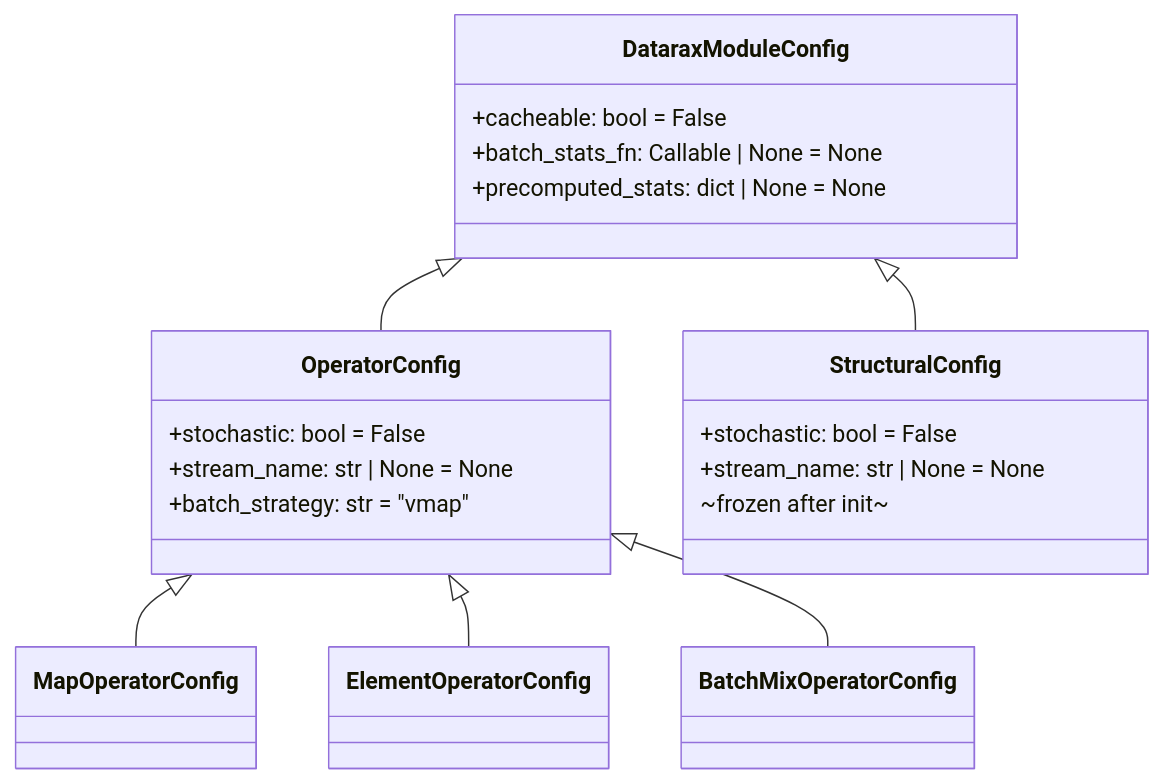
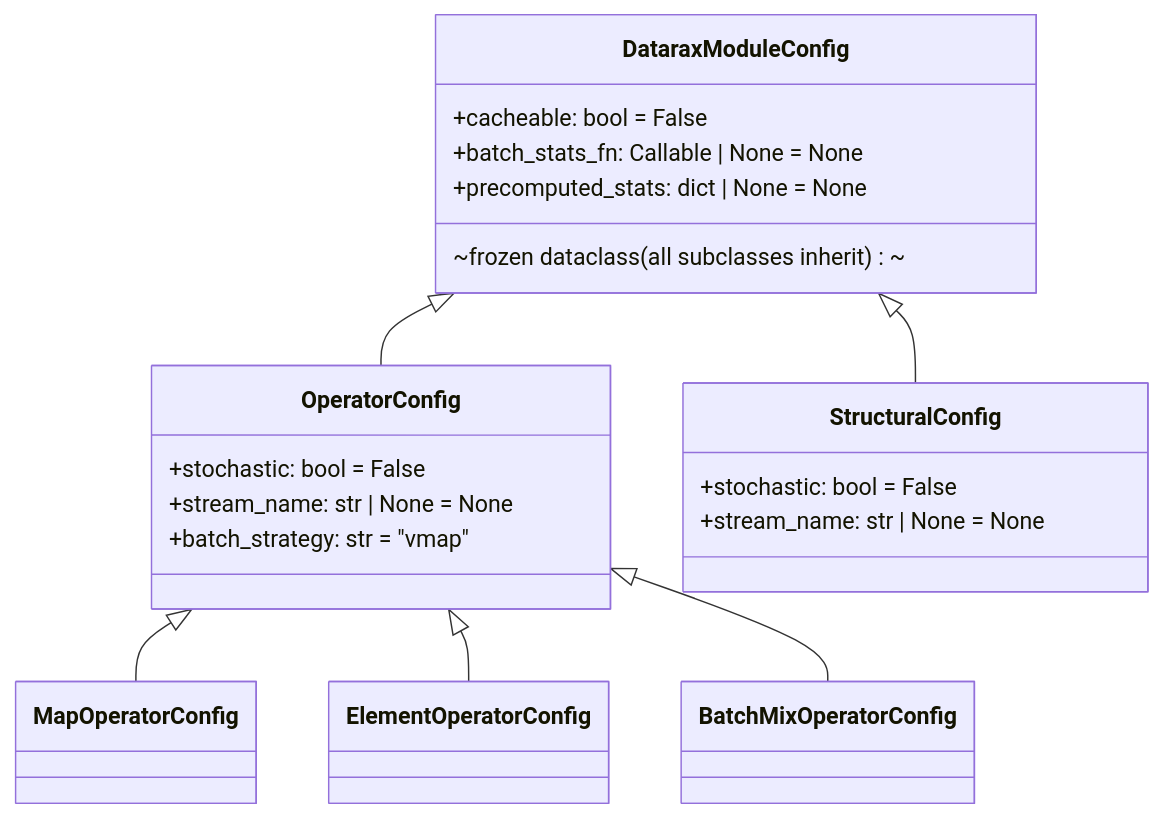
One commit to avitai/datarax changed the diagram in docs/examples/quick-reference/config-reference.md. Above: the diagram before and after it, drawn with Mermaid. The commit also changed other lines of this file and 257 other files, not shown here.

````diff
--- a/docs/examples/quick-reference/config-reference.md
+++ b/docs/examples/quick-reference/config-reference.md
@@ -7,24 +7,24 @@
 ```mermaid
 classDiagram
     DataraxModuleConfig <|-- OperatorConfig
     DataraxModuleConfig <|-- StructuralConfig
     OperatorConfig <|-- MapOperatorConfig
     OperatorConfig <|-- ElementOperatorConfig
     OperatorConfig <|-- BatchMixOperatorConfig
 
     class DataraxModuleConfig {
         +cacheable: bool = False
         +batch_stats_fn: Callable | None = None
         +precomputed_stats: dict | None = None
+        ~frozen dataclass (all subclasses inherit)~
     }
     class OperatorConfig {
         +stochastic: bool = False
         +stream_name: str | None = None
         +batch_strategy: str = "vmap"
     }
     class StructuralConfig {
         +stochastic: bool = False
         +stream_name: str | None = None
-        ~frozen after init~
     }
 ```
````
